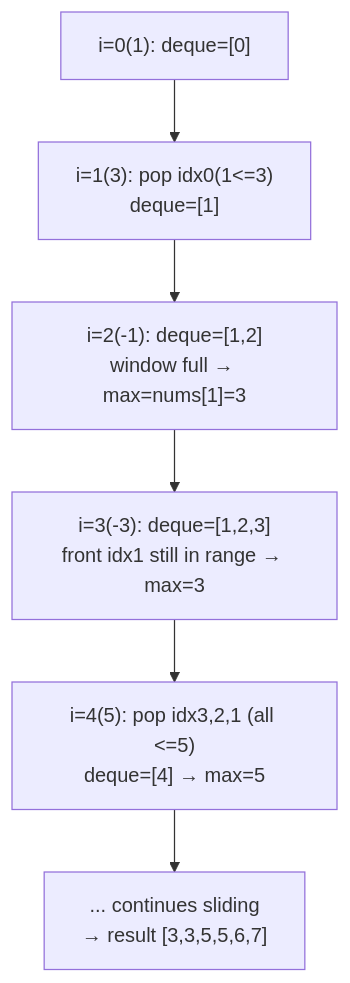
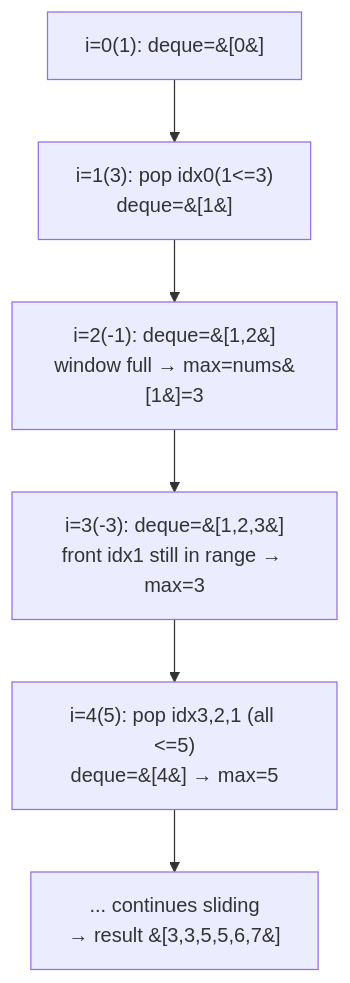
Before and after one commit to Aryan-Jadon18/dsa-placement-prep: the diagram in topics/03-sliding-window/06-sliding-window-maximum/README.md, drawn with Mermaid. The commit also changed 52 other files, not shown here.

First line of the commit message:
Fix Mermaid diagrams not rendering on GitHub

````diff
--- a/topics/03-sliding-window/06-sliding-window-maximum/README.md
+++ b/topics/03-sliding-window/06-sliding-window-maximum/README.md
@@ -44,8 +44,8 @@
 ```mermaid
 flowchart TD
-    A["i=0(1): deque=[0]"] --> B["i=1(3): pop idx0(1<=3)<br/>deque=[1]"]
-    B --> C["i=2(-1): deque=[1,2]<br/>window full → max=nums[1]=3"]
-    C --> D["i=3(-3): deque=[1,2,3]<br/>front idx1 still in range → max=3"]
-    D --> E["i=4(5): pop idx3,2,1 (all <=5)<br/>deque=[4] → max=5"]
-    E --> F["... continues sliding<br/>→ result [3,3,5,5,6,7]"]
+    A["i=0(1): deque=&#91;0&#93;"] --> B["i=1(3): pop idx0(1<=3)<br/>deque=&#91;1&#93;"]
+    B --> C["i=2(-1): deque=&#91;1,2&#93;<br/>window full → max=nums&#91;1&#93;=3"]
+    C --> D["i=3(-3): deque=&#91;1,2,3&#93;<br/>front idx1 still in range → max=3"]
+    D --> E["i=4(5): pop idx3,2,1 (all <=5)<br/>deque=&#91;4&#93; → max=5"]
+    E --> F["... continues sliding<br/>→ result &#91;3,3,5,5,6,7&#93;"]
 ```
````
